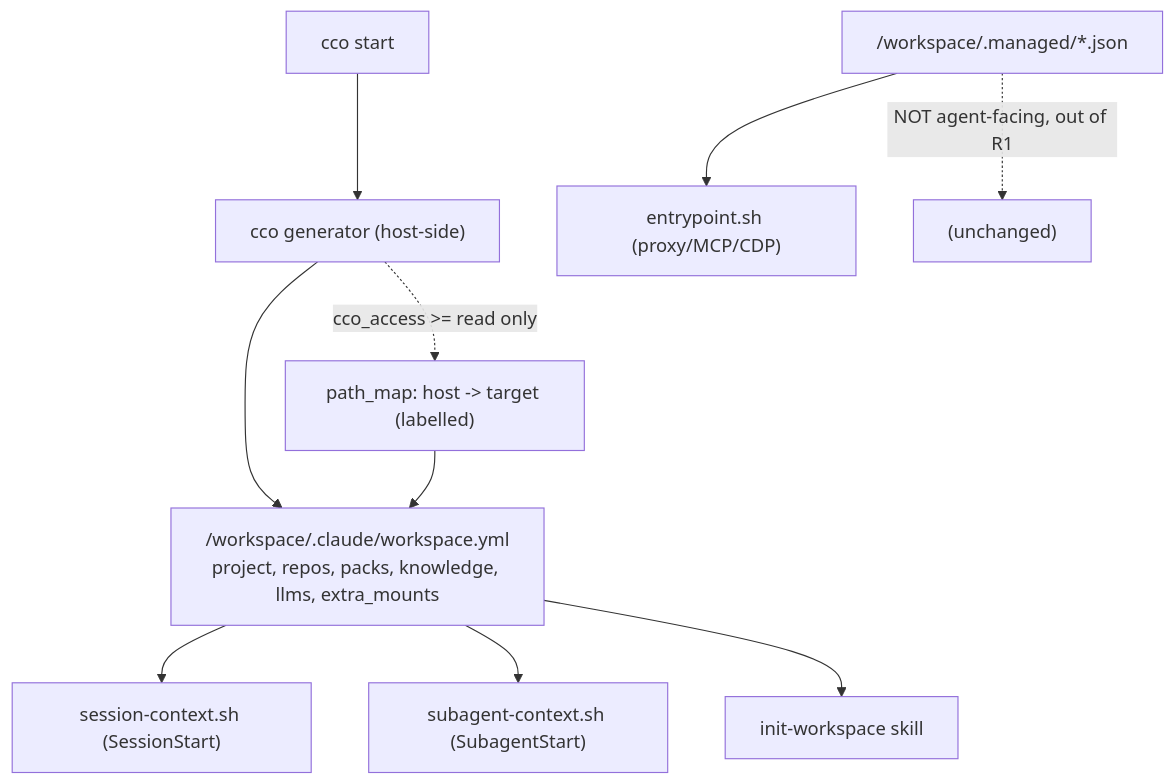
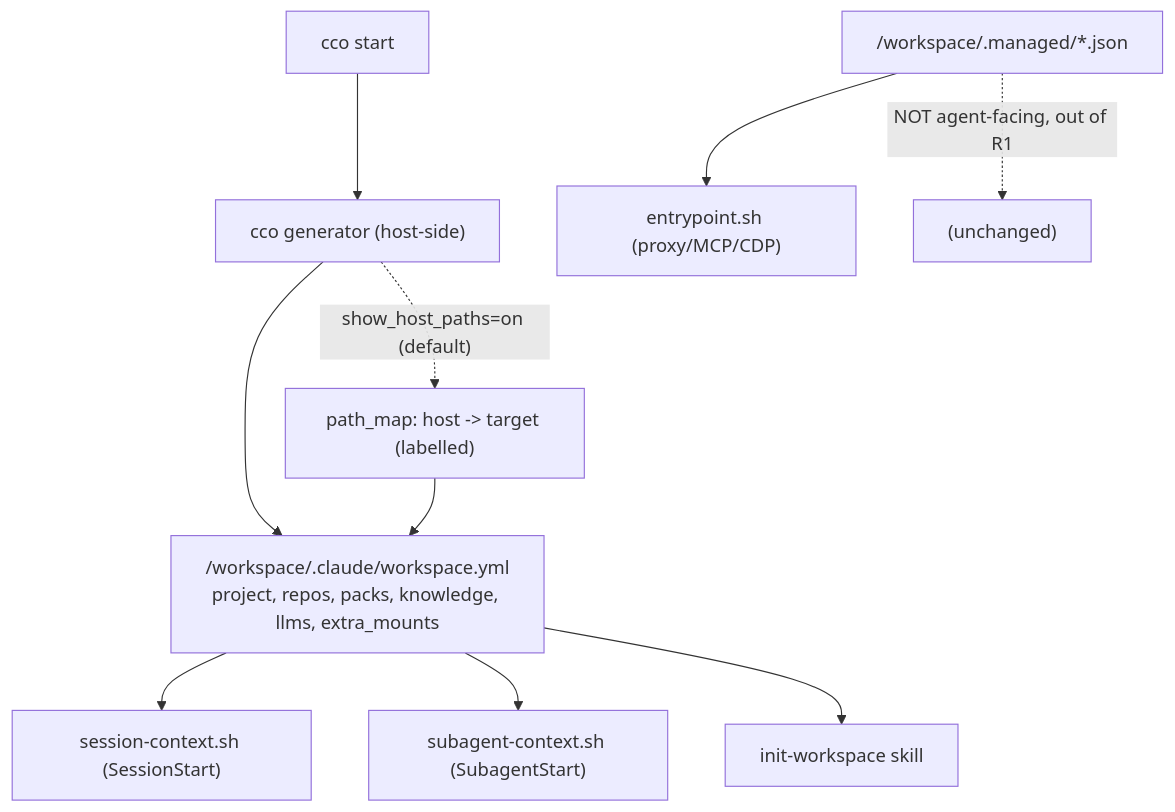
Before and after one commit to alergyonthestage/claude-orchestrator: the diagram in docs/maintainers/configuration/decentralized-config/decisions/0040-unified-session-info-surface.md, drawn with Mermaid. The commit also changed other lines of this file and 1 other file, not shown here.

First line of the commit message:
docs: add show_host_paths as a dedicated visibility knob (ADR-0036/0040)

````diff
--- a/docs/maintainers/configuration/decentralized-config/decisions/0040-unified-session-info-surface.md
+++ b/docs/maintainers/configuration/decentralized-config/decisions/0040-unified-session-info-surface.md
@@ -98,12 +104,12 @@
 ```mermaid
 flowchart TD
   START["cco start"] --> GEN["cco generator (host-side)"]
   GEN --> WS["/workspace/.claude/workspace.yml<br/>project, repos, packs, knowledge, llms, extra_mounts"]
-  GEN -. "cco_access >= read only" .-> PM["path_map: host -> target (labelled)"]
+  GEN -. "show_host_paths=on (default)" .-> PM["path_map: host -> target (labelled)"]
   PM --> WS
   WS --> H1["session-context.sh (SessionStart)"]
   WS --> H2["subagent-context.sh (SubagentStart)"]
   WS --> SK["init-workspace skill"]
   MAN["/workspace/.managed/*.json"] --> EP["entrypoint.sh (proxy/MCP/CDP)"]
   MAN -. "NOT agent-facing, out of R1" .-> X["(unchanged)"]
 ```
````
